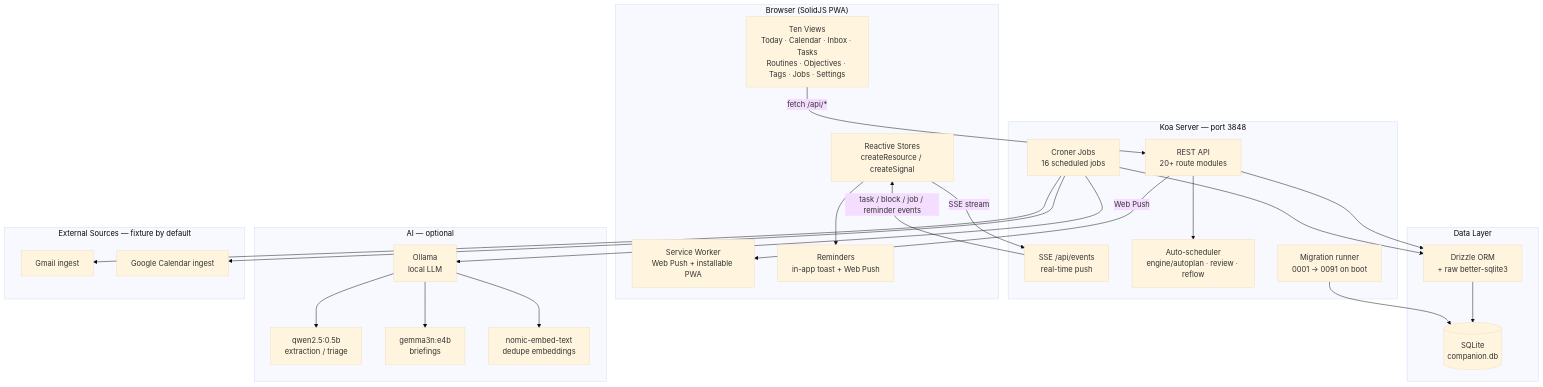
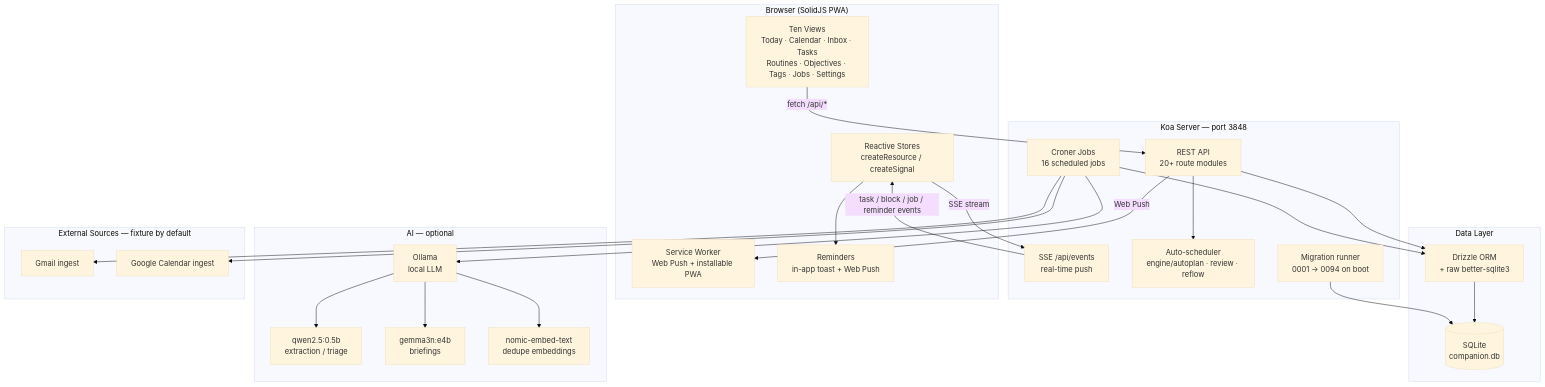
One commit to companionintelligence/CI-Planning changed the diagram in README.md. Above: the diagram before and after it, drawn with Mermaid (base theme). The commit also changed other lines of this file and 18 other files, not shown here.

First line of the commit message:
Phase Q — schema hygiene (pre-multi-tenant): FK enforcement, indexes, owner-identity rebuilds

````diff
--- a/README.md
+++ b/README.md
@@ -30,51 +30,51 @@
 ```mermaid
 graph TB
     subgraph Browser["Browser (SolidJS PWA)"]
         UI[Ten Views<br/>Today · Calendar · Inbox · Tasks<br/>Routines · Objectives · Tags · Jobs · Settings]
         Store[Reactive Stores<br/>createResource / createSignal]
         SW[Service Worker<br/>Web Push + installable PWA]
         BN[Reminders<br/>in-app toast + Web Push]
     end
 
     subgraph Server["Koa Server — port 3848"]
         API[REST API<br/>20+ route modules]
         SSE[SSE /api/events<br/>real-time push]
         Engine[Auto-scheduler<br/>engine/autoplan · review · reflow]
         Cron[Croner Jobs<br/>16 scheduled jobs]
-        Migrate[Migration runner<br/>0001 → 0091 on boot]
+        Migrate[Migration runner<br/>0001 → 0094 on boot]
     end
 
     subgraph Data["Data Layer"]
         DB[(SQLite<br/>companion.db)]
         Drizzle[Drizzle ORM<br/>+ raw better-sqlite3]
     end
 
     subgraph AI["AI — optional"]
         Ollama[Ollama<br/>local LLM]
         Small["qwen2.5:0.5b<br/>extraction / triage"]
         Medium["gemma3n:e4b<br/>briefings"]
         Embed["nomic-embed-text<br/>dedupe embeddings"]
     end
 
     subgraph Sources["External Sources — fixture by default"]
         Gmail[Gmail ingest]
         GCal[Google Calendar ingest]
     end
 
     UI -->|"fetch /api/*"| API
     Store -->|SSE stream| SSE
     API --> Engine
     API --> Drizzle
     Cron --> Drizzle
     Cron --> Ollama
     Cron --> Gmail
     Cron --> GCal
     Drizzle --> DB
     Migrate --> DB
     Ollama --> Small
     Ollama --> Medium
     Ollama --> Embed
     SSE -->|task / block / job / reminder events| Store
     Store --> BN
     API -->|Web Push| SW
 ```
````
